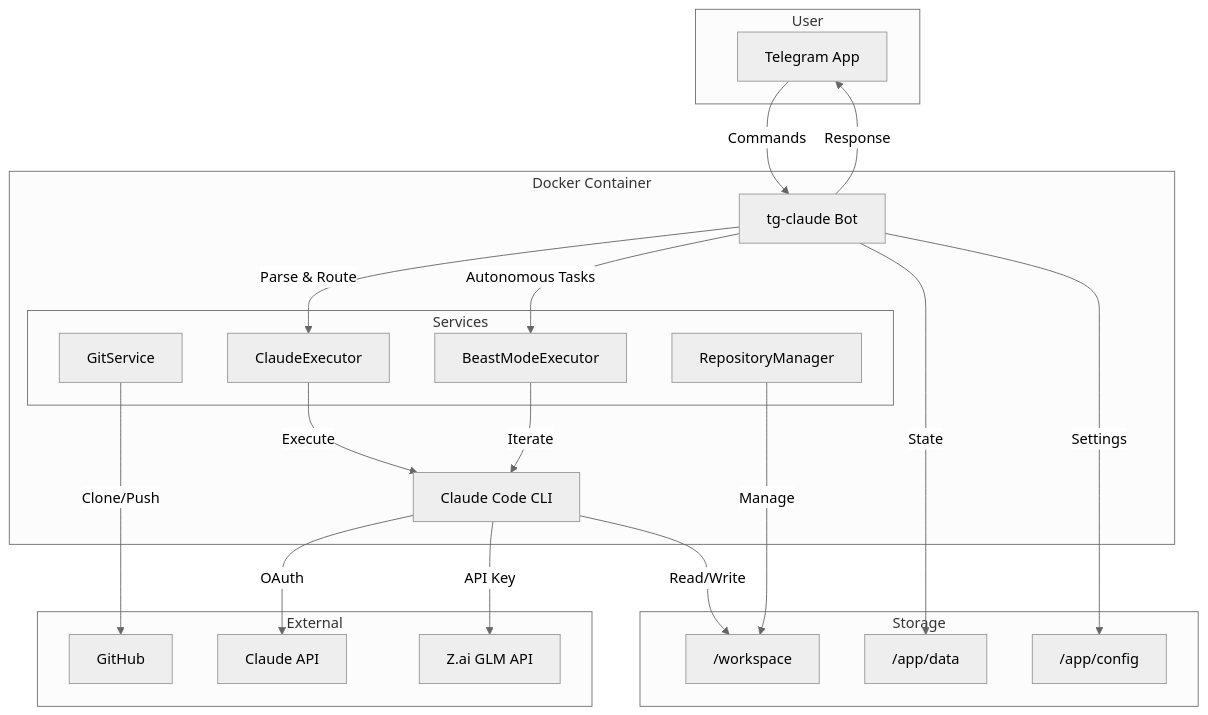
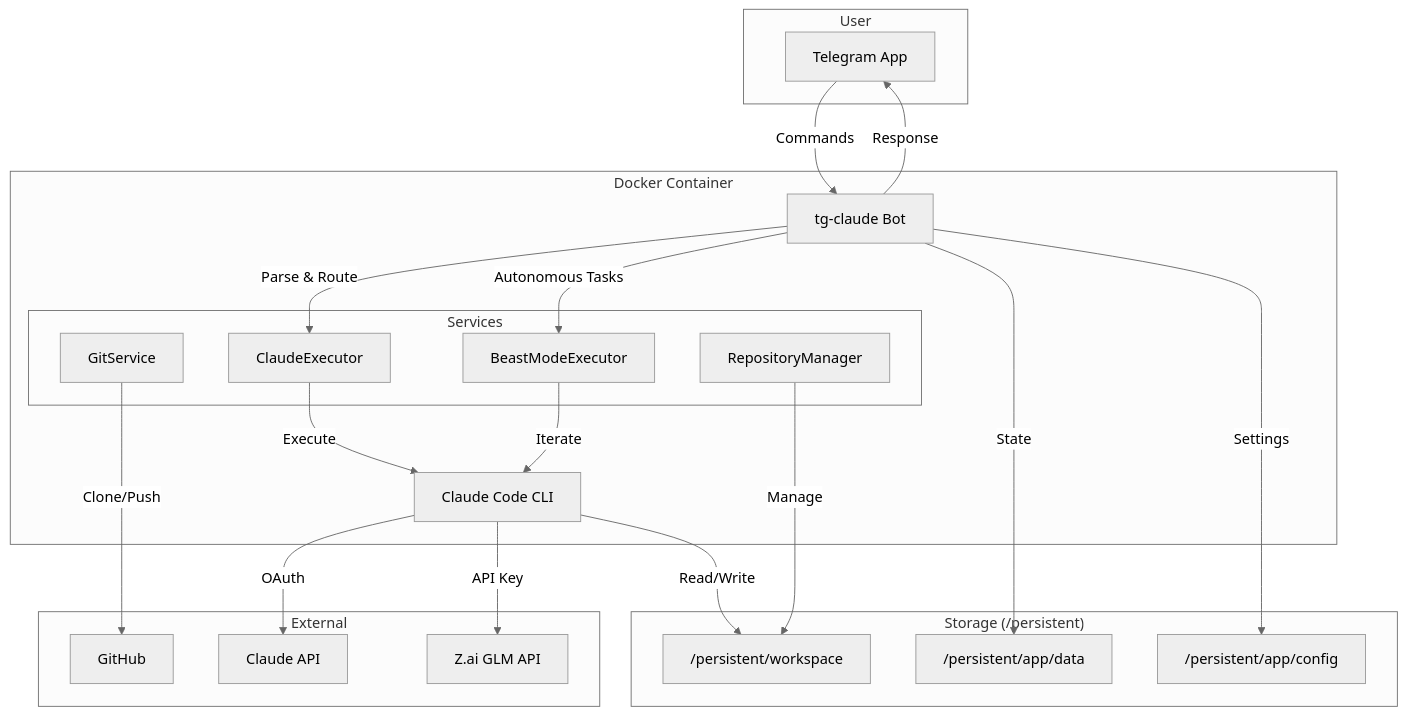
One commit to guzus/tg-claude changed the diagram in README.md. Above: the diagram before and after it, drawn with Mermaid (neutral theme). The commit also changed other lines of this file and 12 other files, not shown here.

First line of the commit message:
feat: Railway deployment with unified persistent storage (#19)

````diff
--- a/README.md
+++ b/README.md
@@ -11,44 +11,44 @@
 ```mermaid
 flowchart TB
     subgraph User
         TG[Telegram App]
     end
 
     subgraph Docker Container
         Bot[tg-claude Bot]
         Claude[Claude Code CLI]
         
         subgraph Services
             Executor[ClaudeExecutor]
             Beast[BeastModeExecutor]
             Git[GitService]
             Repo[RepositoryManager]
         end
     end
 
-    subgraph Storage
-        Workspace["/workspace"]
-        Data["/app/data"]
-        Config["/app/config"]
+    subgraph Storage["Storage (/persistent)"]
+        Workspace["/persistent/workspace"]
+        Data["/persistent/app/data"]
+        Config["/persistent/app/config"]
     end
 
     subgraph External
         GitHub[GitHub]
         ClaudeAPI[Claude API]
         ZaiAPI[Z.ai GLM API]
     end
 
     TG -->|Commands| Bot
     Bot -->|Parse & Route| Executor
     Bot -->|Autonomous Tasks| Beast
     Executor -->|Execute| Claude
     Beast -->|Iterate| Claude
     Claude -->|OAuth| ClaudeAPI
     Claude -->|API Key| ZaiAPI
     Claude -->|Read/Write| Workspace
     Git -->|Clone/Push| GitHub
     Repo -->|Manage| Workspace
     Bot -->|State| Data
     Bot -->|Settings| Config
     Bot -->|Response| TG
 ```
````
